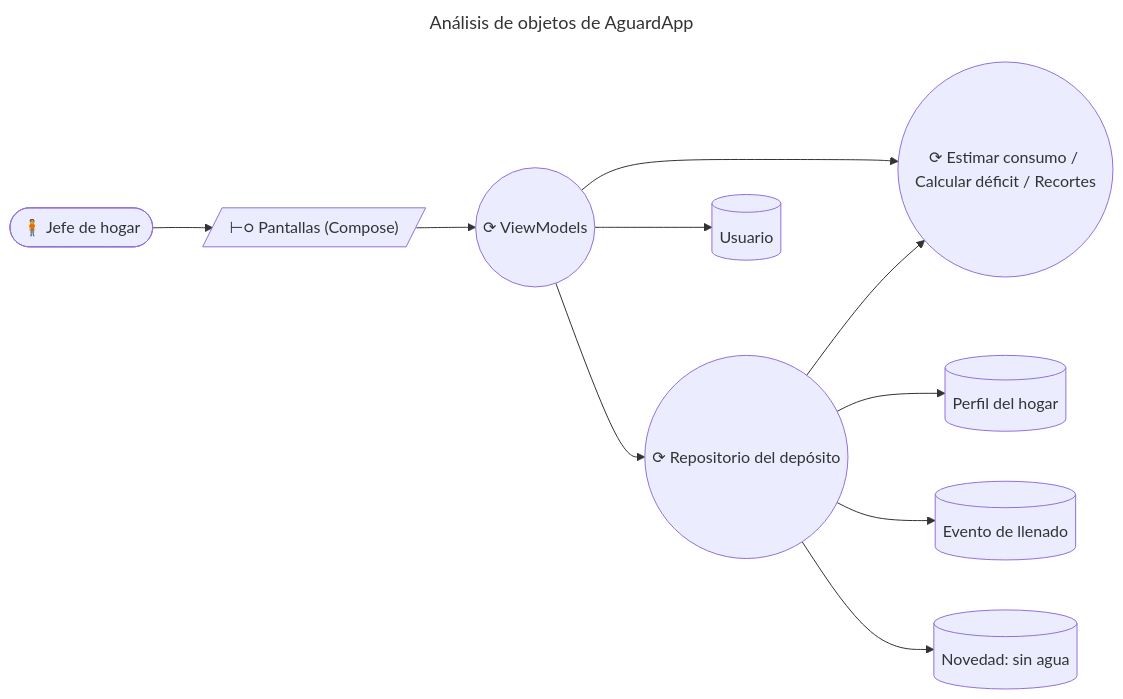
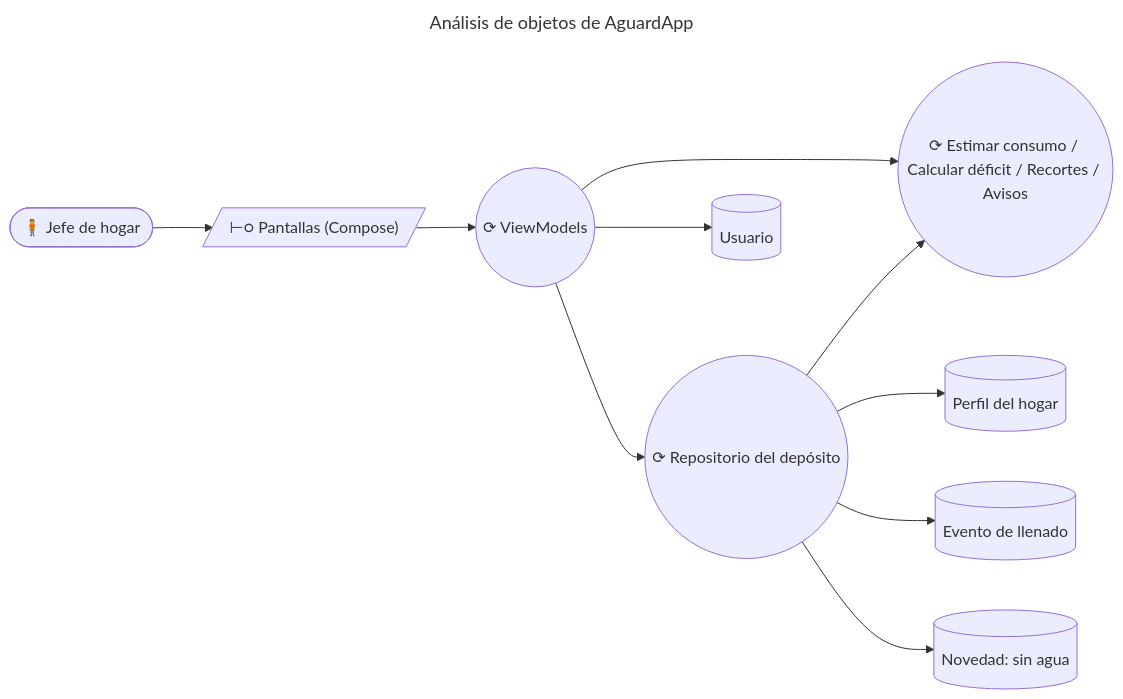
Before and after one commit to IkerASierraR/AguardApp: the sixth of 9 diagrams in informes/FD03-SRS.md, drawn with Mermaid. The commit also changed other lines of this file and 2 other files, not shown here.

````diff
--- a/informes/FD03-SRS.md
+++ b/informes/FD03-SRS.md
@@ -337,23 +352,23 @@
 ```mermaid
 ---
 title: Análisis de objetos de AguardApp
 ---
 flowchart LR
     U(["🧍 Jefe de hogar"])
     PANT[/"⊢○ Pantallas (Compose)"/]
     VM(("⟳ ViewModels"))
     REP(("⟳ Repositorio del depósito"))
-    EST(("⟳ Estimar consumo / Calcular déficit / Recortes"))
+    EST(("⟳ Estimar consumo / Calcular déficit / Recortes / Avisos"))
     US[("Usuario")]
     PH[("Perfil del hogar")]
     LL[("Evento de llenado")]
     NV[("Novedad: sin agua")]
 
     U --> PANT
     PANT --> VM
     VM --> REP
     VM --> EST
     REP --> EST
     REP --> PH & LL & NV
     VM --> US
 ```
````
